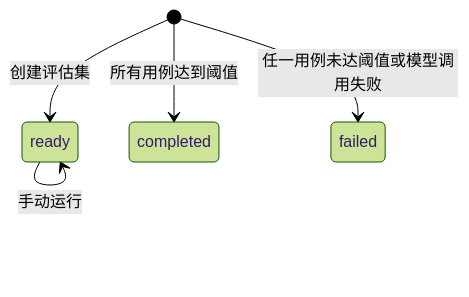
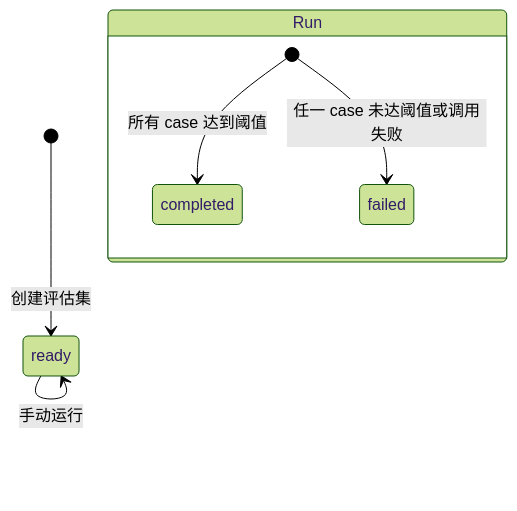
One commit to yiting001/agent changed the fifth of 5 diagrams in docs/modules/evaluation.md. Above: the diagram before and after it, drawn with Mermaid (forest theme). The commit also changed other lines of this file and 112 other files, not shown here.

````diff
--- a/docs/modules/evaluation.md
+++ b/docs/modules/evaluation.md
@@ -184,8 +244,10 @@
 ```mermaid
 stateDiagram-v2
   [*] --> ready: 创建评估集
   ready --> ready: 手动运行
 
-  [*] --> completed: 所有用例达到阈值
-  [*] --> failed: 任一用例未达阈值或模型调用失败
+  state Run {
+    [*] --> completed: 所有 case 达到阈值
+    [*] --> failed: 任一 case 未达阈值或调用失败
+  }
 ```
````
